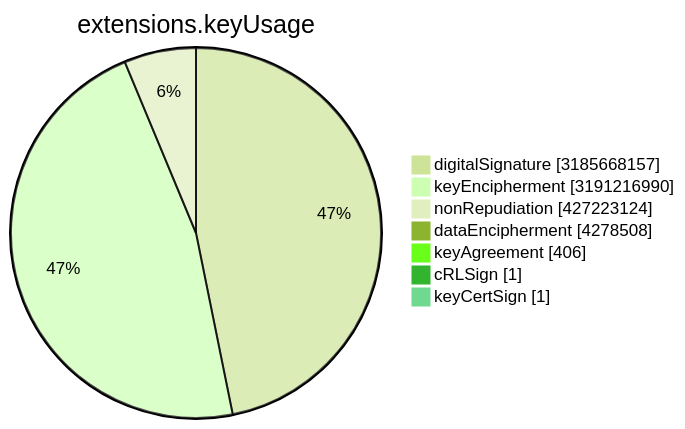
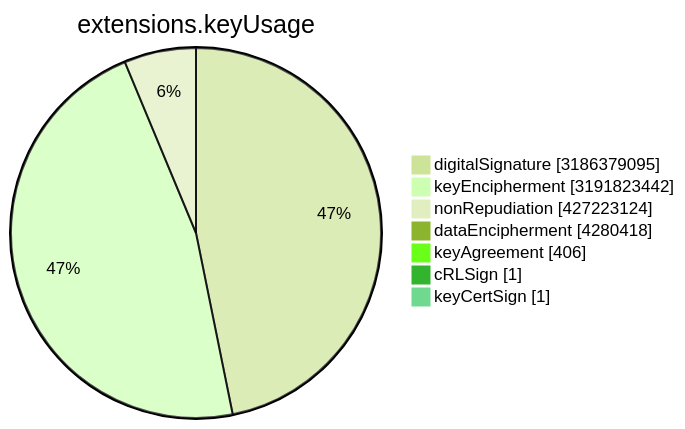
The sixth of 15 diagrams in TOTAL/README.md (christiankrug/ctmonitor_visualization), drawn with Mermaid (forest theme) before and after one commit. The commit also changed other lines of this file, not shown here.

````diff
--- a/TOTAL/README.md
+++ b/TOTAL/README.md
@@ -3077,11 +3077,11 @@
 ```mermaid
 pie showData
 title extensions.keyUsage
-"digitalSignature" :3185668157
-"keyEncipherment" :3191216990
+"digitalSignature" :3186379095
+"keyEncipherment" :3191823442
 "nonRepudiation" :427223124
-"dataEncipherment" :4278508
+"dataEncipherment" :4280418
 "keyAgreement" :406
 "cRLSign" :1
 "keyCertSign" :1
 ```
````
